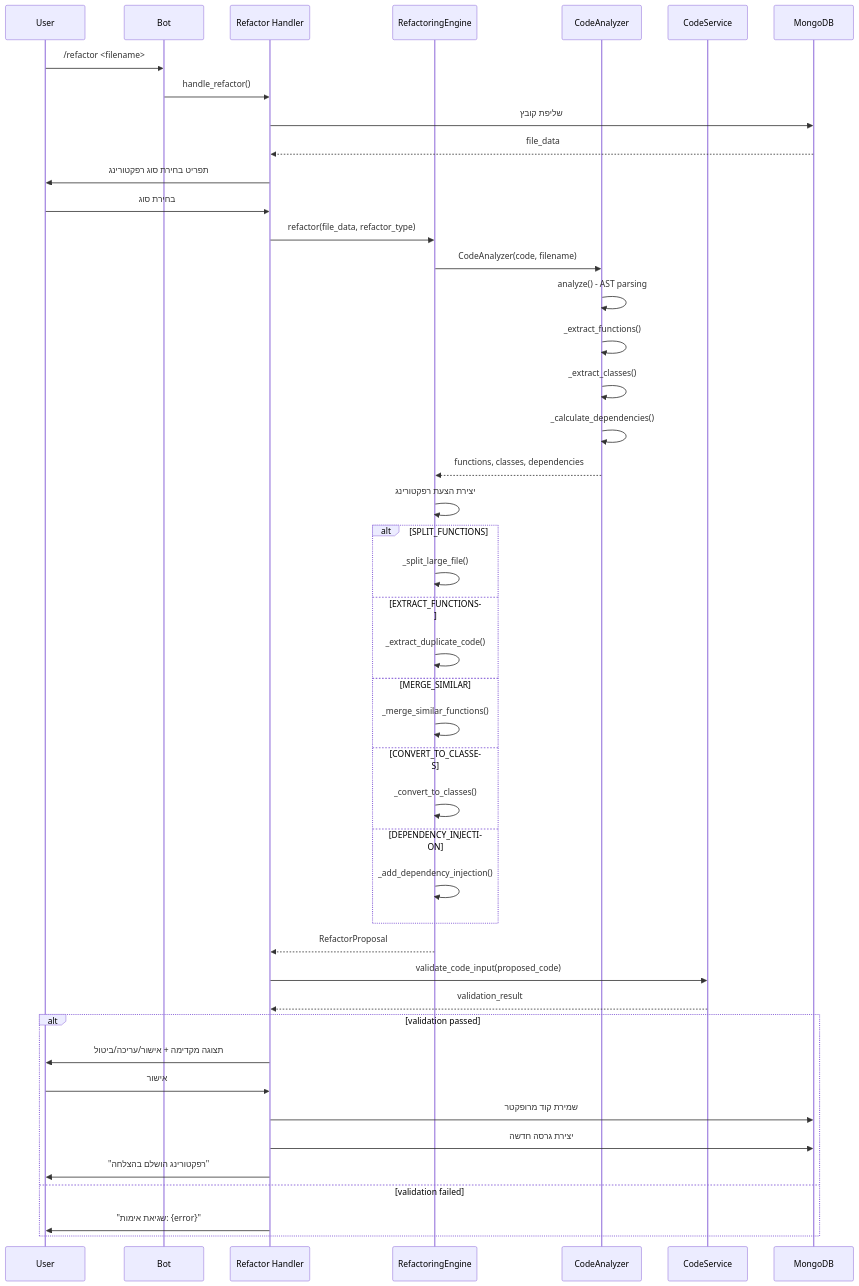
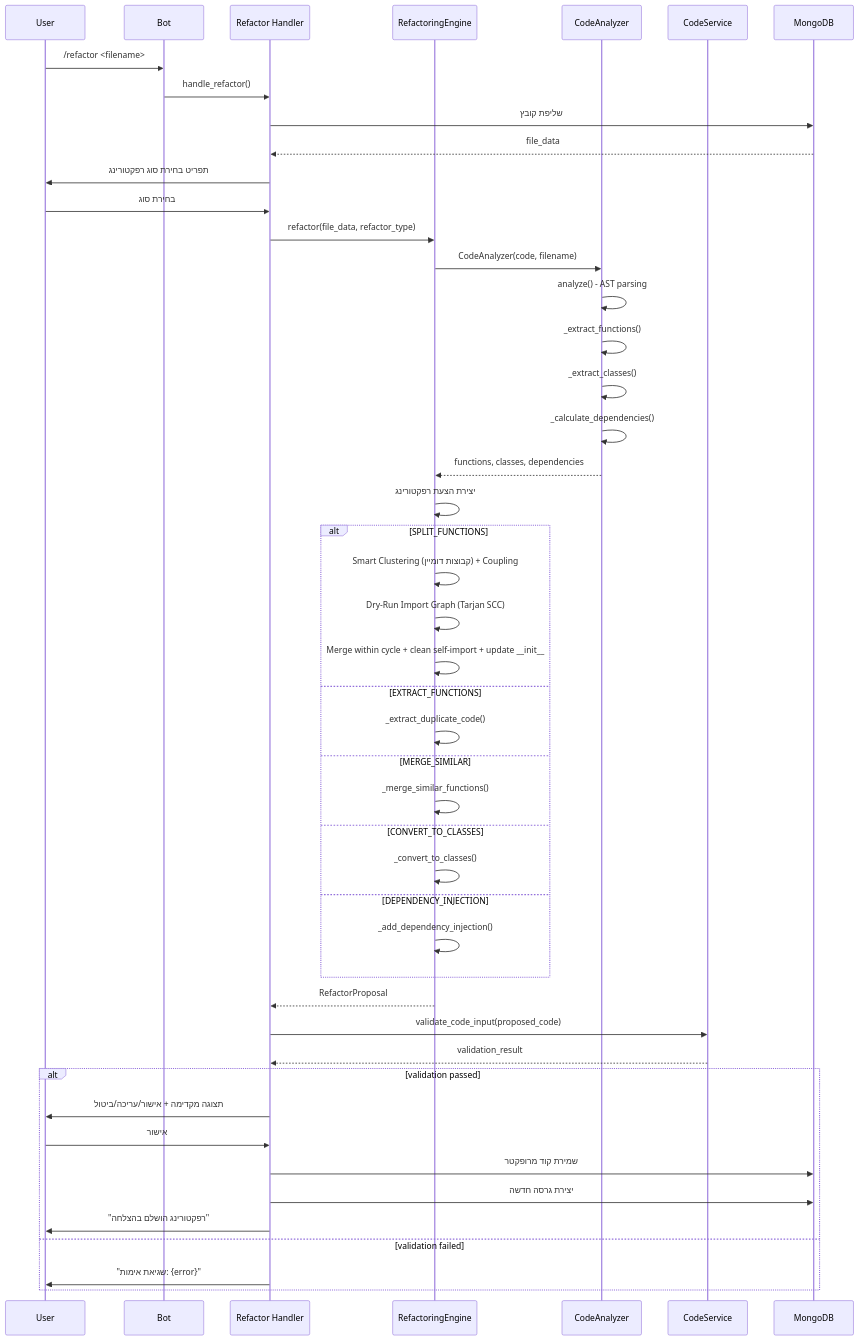
Before and after one commit to amirbiron/CodeBot: the diagram in docs/workflows/refactor-flow.rst, drawn with Mermaid. The commit also changed other lines of this file and 1 other file, not shown here.

```diff
--- a/docs/workflows/refactor-flow.rst
+++ b/docs/workflows/refactor-flow.rst
@@ -38,53 +38,55 @@
 .. mermaid::
 
    sequenceDiagram
        participant U as User
        participant B as Bot
        participant H as Refactor Handler
        participant RE as RefactoringEngine
        participant CA as CodeAnalyzer
        participant CS as CodeService
        participant DB as MongoDB
 
        U->>B: /refactor <filename>
        B->>H: handle_refactor()
        H->>DB: שליפת קובץ
        DB-->>H: file_data
        
        H->>U: תפריט בחירת סוג רפקטורינג
        U->>H: בחירת סוג
        
        H->>RE: refactor(file_data, refactor_type)
        RE->>CA: CodeAnalyzer(code, filename)
        CA->>CA: analyze() - AST parsing
        CA->>CA: _extract_functions()
        CA->>CA: _extract_classes()
        CA->>CA: _calculate_dependencies()
        CA-->>RE: functions, classes, dependencies
        
-       RE->>RE: יצירת הצעת רפקטורינג
-       alt SPLIT_FUNCTIONS
-         RE->>RE: _split_large_file()
+      RE->>RE: יצירת הצעת רפקטורינג
+      alt SPLIT_FUNCTIONS
+        RE->>RE: Smart Clustering (קבוצות דומיין) + Coupling
+        RE->>RE: Dry-Run Import Graph (Tarjan SCC)
+        RE->>RE: Merge within cycle + clean self-import + update __init__
        else EXTRACT_FUNCTIONS
          RE->>RE: _extract_duplicate_code()
        else MERGE_SIMILAR
          RE->>RE: _merge_similar_functions()
        else CONVERT_TO_CLASSES
          RE->>RE: _convert_to_classes()
        else DEPENDENCY_INJECTION
          RE->>RE: _add_dependency_injection()
        end
        
        RE-->>H: RefactorProposal
        H->>CS: validate_code_input(proposed_code)
        CS-->>H: validation_result
        
        alt validation passed
          H->>U: תצוגה מקדימה + אישור/עריכה/ביטול
          U->>H: אישור
          H->>DB: שמירת קוד מרופקטר
          H->>DB: יצירת גרסה חדשה
          H->>U: "רפקטורינג הושלם בהצלחה"
        else validation failed
          H->>U: "שגיאת אימות: {error}"
        end
```
